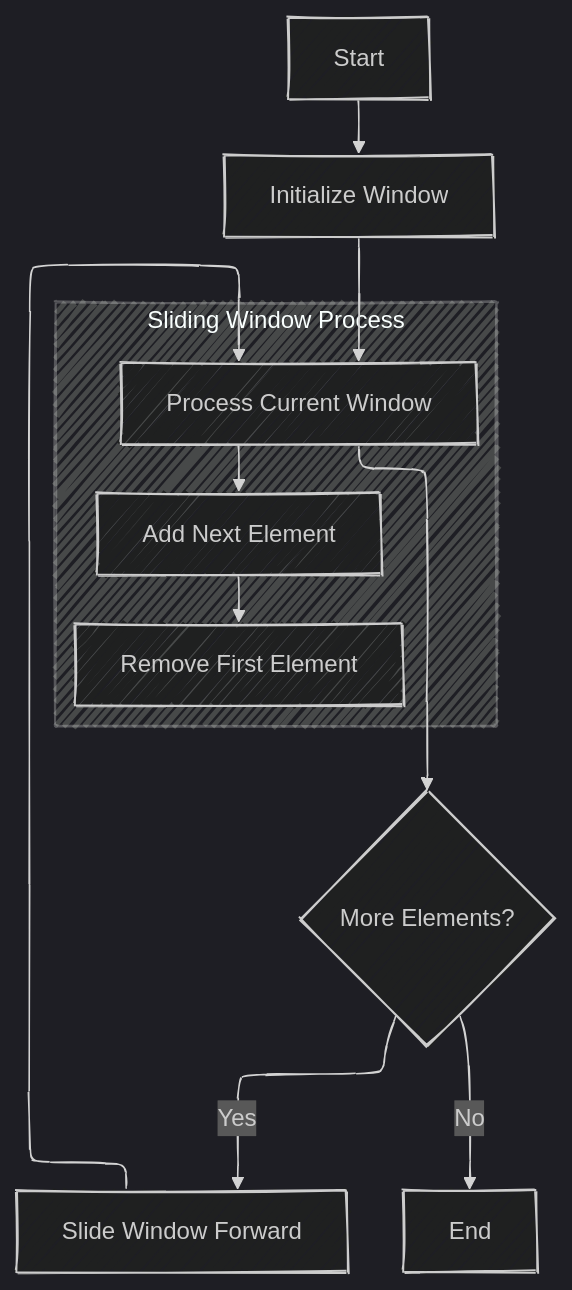
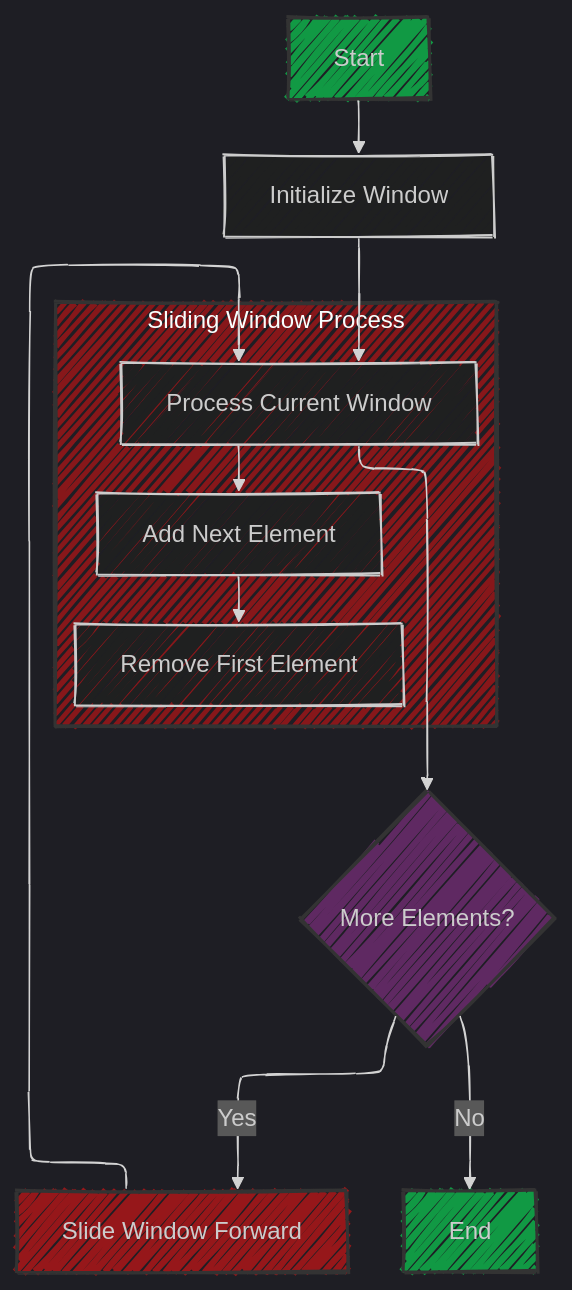
One commit to CongLeSolutionX/AlgoVerse changed the diagram in Coding_patterns_for_tech_interviews/Sliding_Windows/Sliding_Windows.md. Above: the diagram before and after it, drawn with Mermaid.

Commit message:
update diagram style

````diff
--- a/Coding_patterns_for_tech_interviews/Sliding_Windows/Sliding_Windows.md
+++ b/Coding_patterns_for_tech_interviews/Sliding_Windows/Sliding_Windows.md
@@ -45,20 +45,31 @@
 ```mermaid
 ---
 config:
   layout: elk
   look: handDrawn
   theme: dark
 ---
 graph TD
     A[Start] --> B[Initialize Window]
     B --> C[Process Current Window]
     C --> D{More Elements?}
     D -->|Yes| E[Slide Window Forward]
     E --> C
     D -->|No| F[End]
 
-    subgraph Sliding Window Process
+    subgraph Sliding_Window_Process["Sliding Window Process"]
+    style Sliding_Window_Process fill:#f117,stroke:#333,stroke-width:2px;
         C --> G[Add Next Element]
         G --> H[Remove First Element]
     end
+
+    classDef Start_and_End_Point fill:#194,stroke:#333,stroke-width:2px;
+    class A,F Start_and_End_Point
+
+    classDef Decision_Point fill:#9398,stroke:#333,stroke-width:2px;
+    class D Decision_Point
+
+    classDef Yes_Choice fill:#f118,stroke:#333,stroke-width:2px;
+    class E Yes_Choice;
+  
 ```
````
